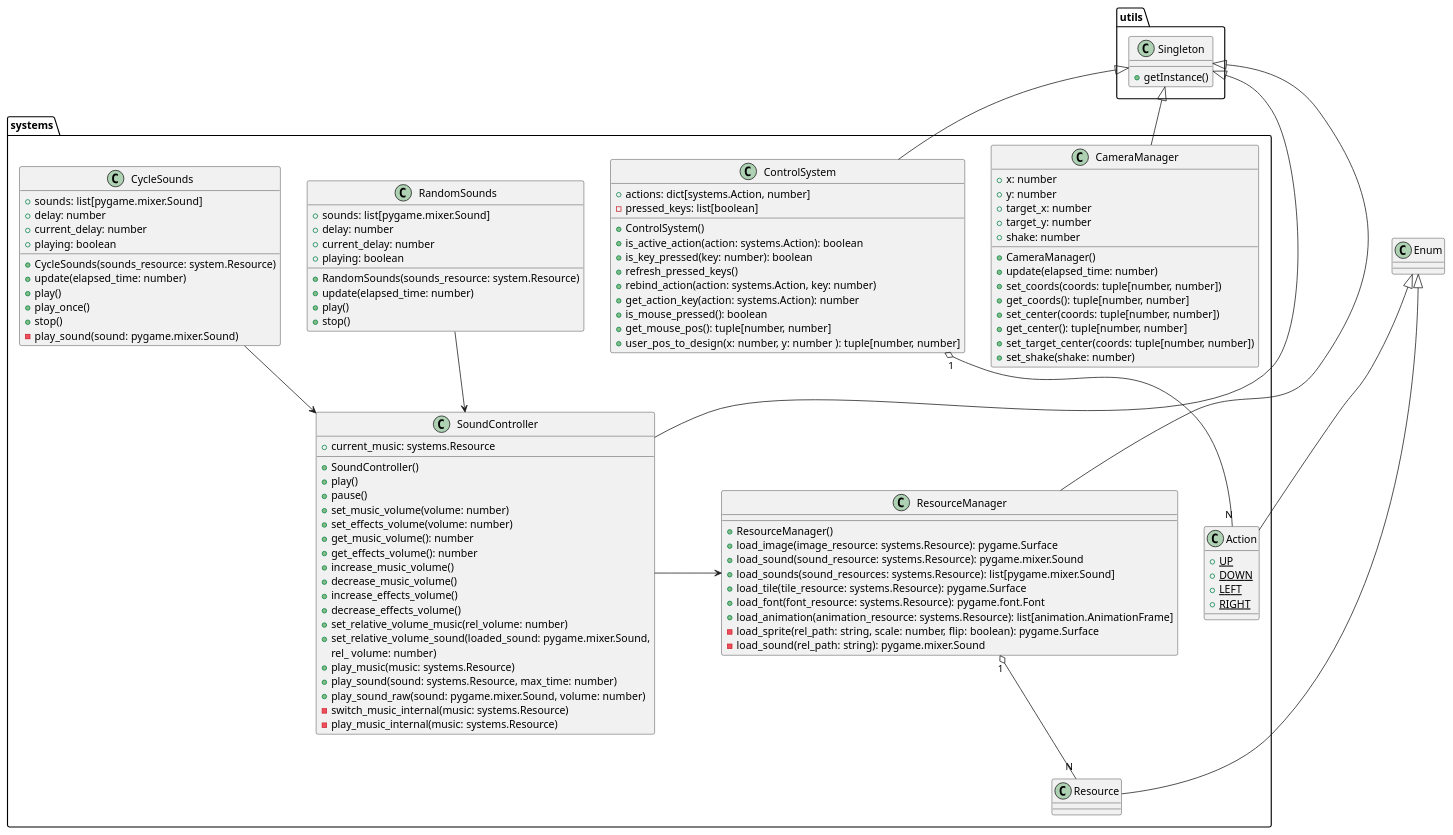
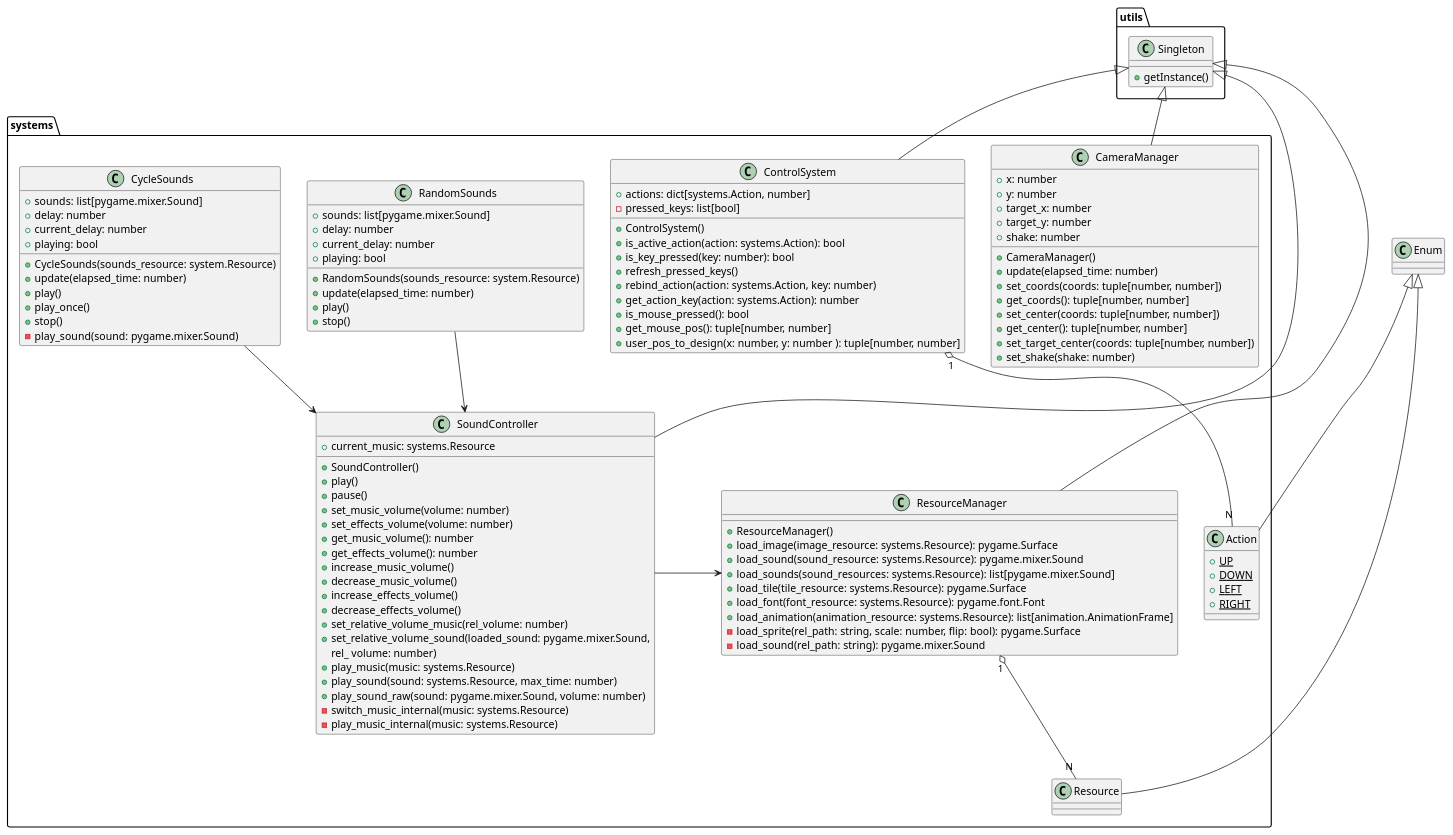
One commit to daavidrgz/galactic-gambit changed the diagram in docs/diagrams/io_systems.pu. Above: the diagram before and after it, drawn with PlantUML. The commit also changed 8 other files, not shown here.

```diff
--- a/docs/diagrams/io_systems.pu
+++ b/docs/diagrams/io_systems.pu
@@ -1,117 +1,117 @@
 @startuml io_systems
 
 
 class utils.Singleton{
     + getInstance()
 }
 class systems.CameraManager extends utils.Singleton{
     + x: number
     + y: number
     + target_x: number
     + target_y: number
     + shake: number
 
     + CameraManager()
     + update(elapsed_time: number)
     + set_coords(coords: tuple[number, number])
     + get_coords(): tuple[number, number]
     + set_center(coords: tuple[number, number])
     + get_center(): tuple[number, number]
     + set_target_center(coords: tuple[number, number])
     + set_shake(shake: number)
 }
 
 class systems.ControlSystem extends utils.Singleton{
     + actions: dict[systems.Action, number]
-    - pressed_keys: list[boolean]
+    - pressed_keys: list[bool]
 
     + ControlSystem()
-    + is_active_action(action: systems.Action): boolean
-    + is_key_pressed(key: number): boolean
+    + is_active_action(action: systems.Action): bool
+    + is_key_pressed(key: number): bool
     + refresh_pressed_keys()
     + rebind_action(action: systems.Action, key: number)
     + get_action_key(action: systems.Action): number
-    + is_mouse_pressed(): boolean
+    + is_mouse_pressed(): bool
     + get_mouse_pos(): tuple[number, number]
     + user_pos_to_design(x: number, y: number ): tuple[number, number]
 }
 
 systems.ControlSystem "1" o-- "N" systems.Action
 class systems.Action extends Enum{
     + {static} UP
     + {static} DOWN
     + {static} LEFT
     + {static} RIGHT
 }
 
 class systems.ResourceManager extends utils.Singleton{
 
     + ResourceManager()
     + load_image(image_resource: systems.Resource): pygame.Surface
     + load_sound(sound_resource: systems.Resource): pygame.mixer.Sound
     + load_sounds(sound_resources: systems.Resource): list[pygame.mixer.Sound]
     + load_tile(tile_resource: systems.Resource): pygame.Surface
     + load_font(font_resource: systems.Resource): pygame.font.Font
     + load_animation(animation_resource: systems.Resource): list[animation.AnimationFrame]
-    - load_sprite(rel_path: string, scale: number, flip: boolean): pygame.Surface
+    - load_sprite(rel_path: string, scale: number, flip: bool): pygame.Surface
     - load_sound(rel_path: string): pygame.mixer.Sound
 }
 systems.ResourceManager "1" o-- "N" systems.Resource
 
 class systems.Resource extends Enum{}
 
 class systems.RandomSounds{
     + sounds: list[pygame.mixer.Sound]
     + delay: number
     + current_delay: number
-    + playing: boolean
+    + playing: bool
 
     
     + RandomSounds(sounds_resource: system.Resource)
     + update(elapsed_time: number)
     + play()
     + stop()
 }
 systems.RandomSounds --> systems.SoundController
 class systems.CycleSounds{
     + sounds: list[pygame.mixer.Sound]
     + delay: number
     + current_delay: number
-    + playing: boolean
+    + playing: bool
 
     + CycleSounds(sounds_resource: system.Resource)
     + update(elapsed_time: number)
     + play()
     + play_once()
     + stop()
     - play_sound(sound: pygame.mixer.Sound)
 }
 systems.CycleSounds --> systems.SoundController
 
 class systems.SoundController extends utils.Singleton{
     + current_music: systems.Resource
 
     + SoundController()
     + play()
     + pause()
     + set_music_volume(volume: number)
     + set_effects_volume(volume: number)
     + get_music_volume(): number
     + get_effects_volume(): number
     + increase_music_volume()
     + decrease_music_volume()
     + increase_effects_volume()
     + decrease_effects_volume()
     + set_relative_volume_music(rel_volume: number)
     + set_relative_volume_sound(loaded_sound: pygame.mixer.Sound,
         rel_ volume: number)
     + play_music(music: systems.Resource)
     + play_sound(sound: systems.Resource, max_time: number)
     + play_sound_raw(sound: pygame.mixer.Sound, volume: number)
     - switch_music_internal(music: systems.Resource)
     - play_music_internal(music: systems.Resource)
 
 }
 systems.SoundController -right-> systems.ResourceManager
 
 @enduml
```
